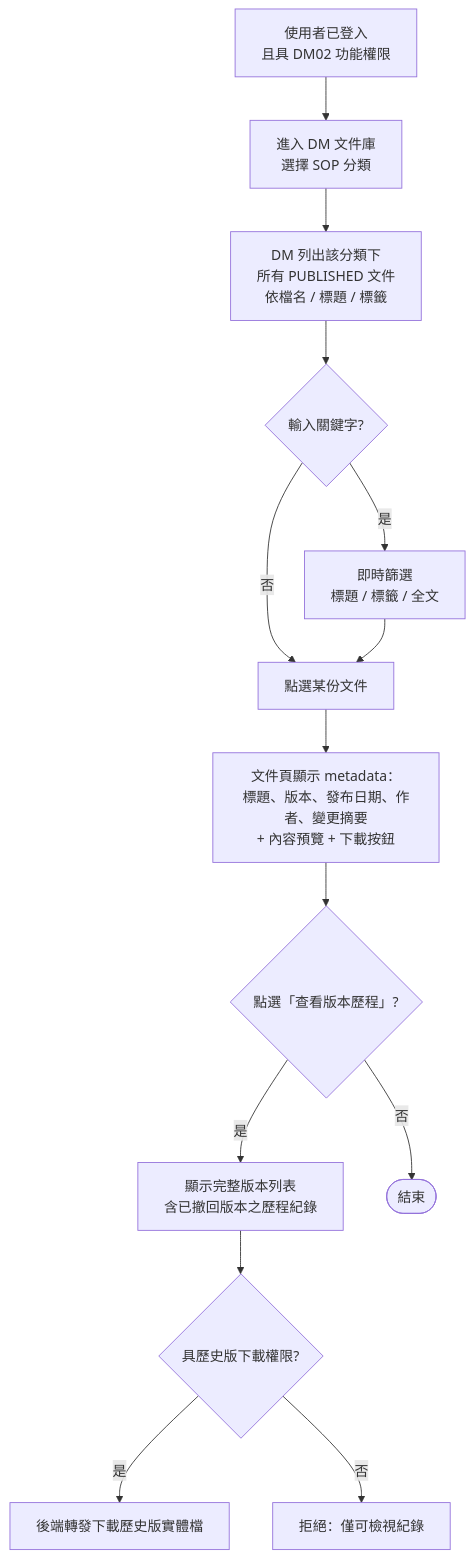
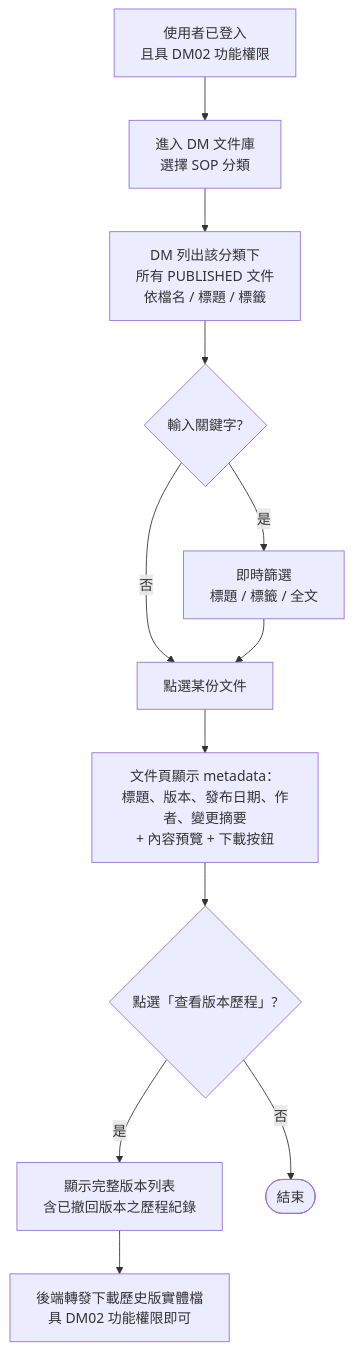
The diagram in docs/specs/dm/spec_us6.md (sti-fhb/LB_TBMS), drawn with Mermaid before and after one commit. The commit also changed other lines of this file and 3 other files, not shown here.

````diff
--- a/docs/specs/dm/spec_us6.md
+++ b/docs/specs/dm/spec_us6.md
@@ -20,16 +20,14 @@
 ```mermaid
 flowchart TD
     Start[使用者已登入<br/>且具 DM02 功能權限] --> Cat[進入 DM 文件庫<br/>選擇 SOP 分類]
     Cat --> List[DM 列出該分類下<br/>所有 PUBLISHED 文件<br/>依檔名 / 標題 / 標籤]
     List --> Search{輸入關鍵字?}
     Search -->|是| Filter[即時篩選<br/>標題 / 標籤 / 全文]
     Search -->|否| Click
     Filter --> Click[點選某份文件]
     Click --> Meta[文件頁顯示 metadata：<br/>標題、版本、發布日期、作者、變更摘要<br/>+ 內容預覽 + 下載按鈕]
     Meta --> History{點選「查看版本歷程」?}
     History -->|是| Versions[顯示完整版本列表<br/>含已撤回版本之歷程紀錄]
-    Versions --> Auth{具歷史版下載權限?}
-    Auth -->|是| Download[後端轉發下載歷史版實體檔]
-    Auth -->|否| Deny[拒絕：僅可檢視紀錄]
+    Versions --> Download[後端轉發下載歷史版實體檔<br/>具 DM02 功能權限即可]
     History -->|否| End([結束])
 ```
````
